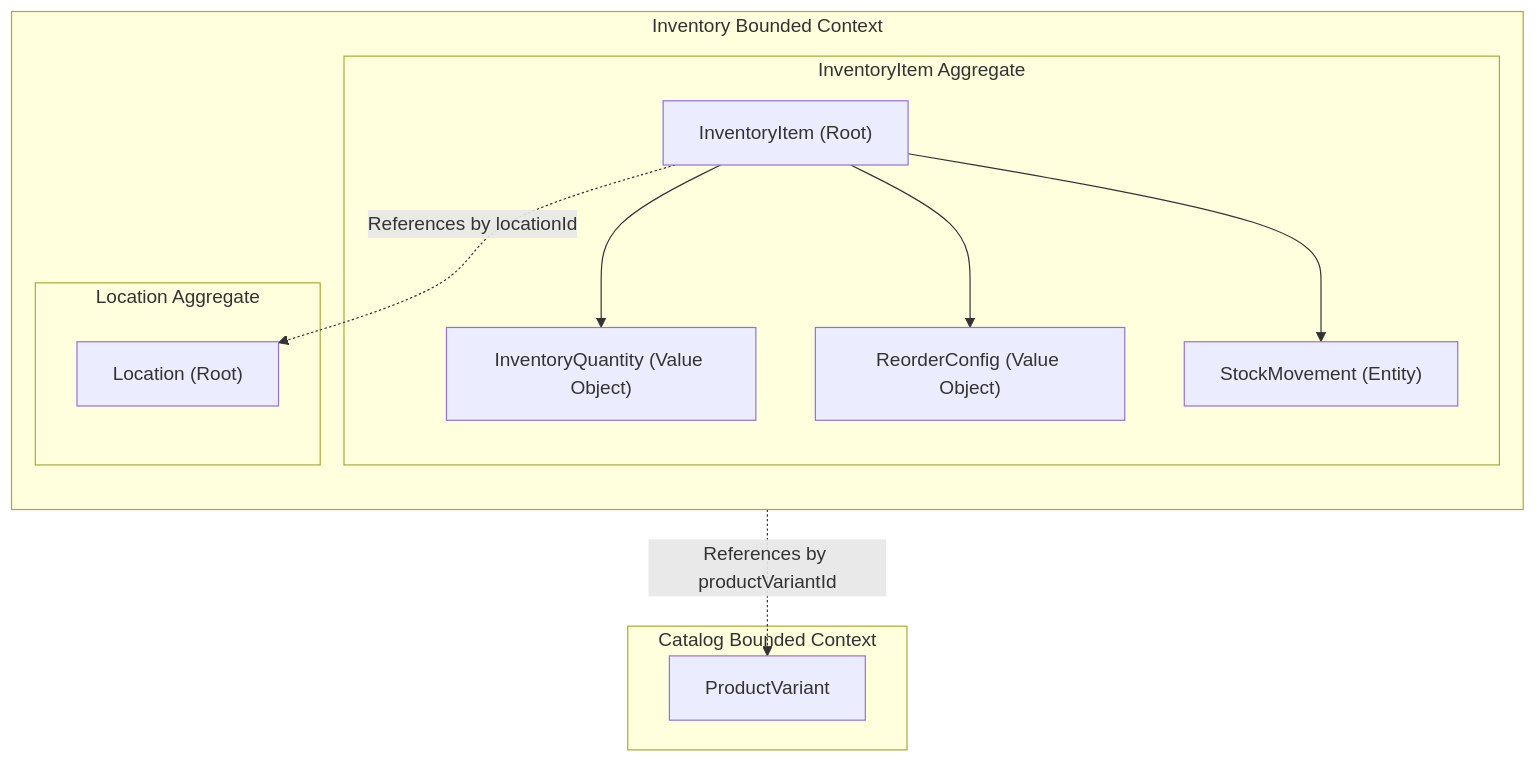
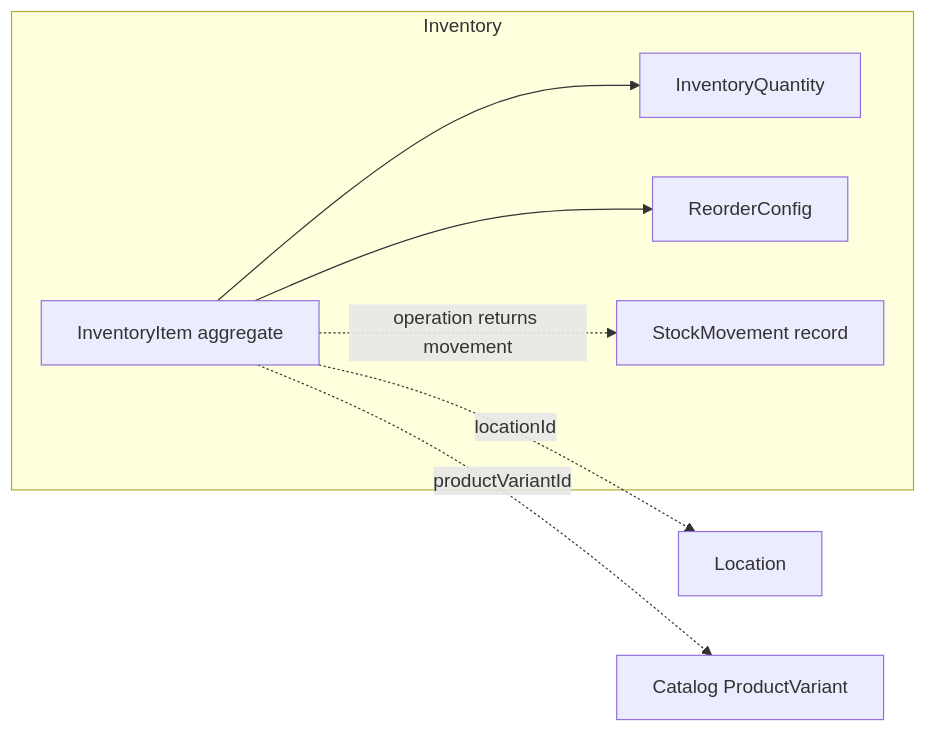
One commit to khinemyaezin/grab changed the first of 3 diagrams in docs/spec/domain/inventory/architecture/inventory-item-domain-spec.md. Above: the diagram before and after it, drawn with Mermaid. The commit also changed other lines of this file and 47 other files, not shown here.

````diff
--- a/docs/spec/domain/inventory/architecture/inventory-item-domain-spec.md
+++ b/docs/spec/domain/inventory/architecture/inventory-item-domain-spec.md
@@ -19,29 +17,16 @@
 ```mermaid
-flowchart TD
-    subgraph InventoryContext ["Inventory Bounded Context"]
-        direction TB
-
-        subgraph InventoryAgg ["InventoryItem Aggregate"]
-            Item["InventoryItem (Root)"]
-            Qty["InventoryQuantity (Value Object)"]
-            Reorder["ReorderConfig (Value Object)"]
-            Movement["StockMovement (Entity)"]
-
-            Item --> Qty
-            Item --> Reorder
-            Item --> Movement
-        end
-
-        subgraph LocationAgg ["Location Aggregate"]
-            Location["Location (Root)"]
-        end
-        
-        Item -.->|"References by locationId"| Location
+flowchart LR
+    subgraph InventoryContext [Inventory]
+        Item["InventoryItem aggregate"]
+        Quantity["InventoryQuantity"]
+        Reorder["ReorderConfig"]
+        Movement["StockMovement record"]
+        Item --> Quantity
+        Item --> Reorder
+        Item -. "operation returns movement" .-> Movement
     end
-
-    subgraph CatalogContext ["Catalog Bounded Context"]
-        Variant["ProductVariant"]
-    end
-
-    Item -.->|"References by productVariantId"| Variant
+    Location["Location"]
+    Variant["Catalog ProductVariant"]
+    Item -. "locationId" .-> Location
+    Item -. "productVariantId" .-> Variant
 ```
````
